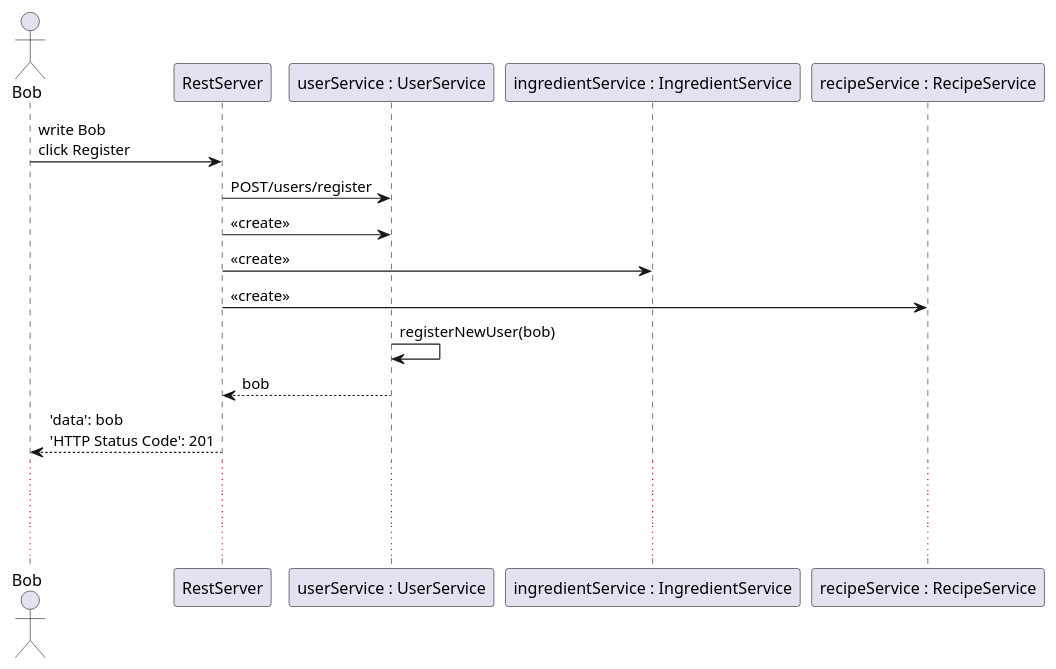
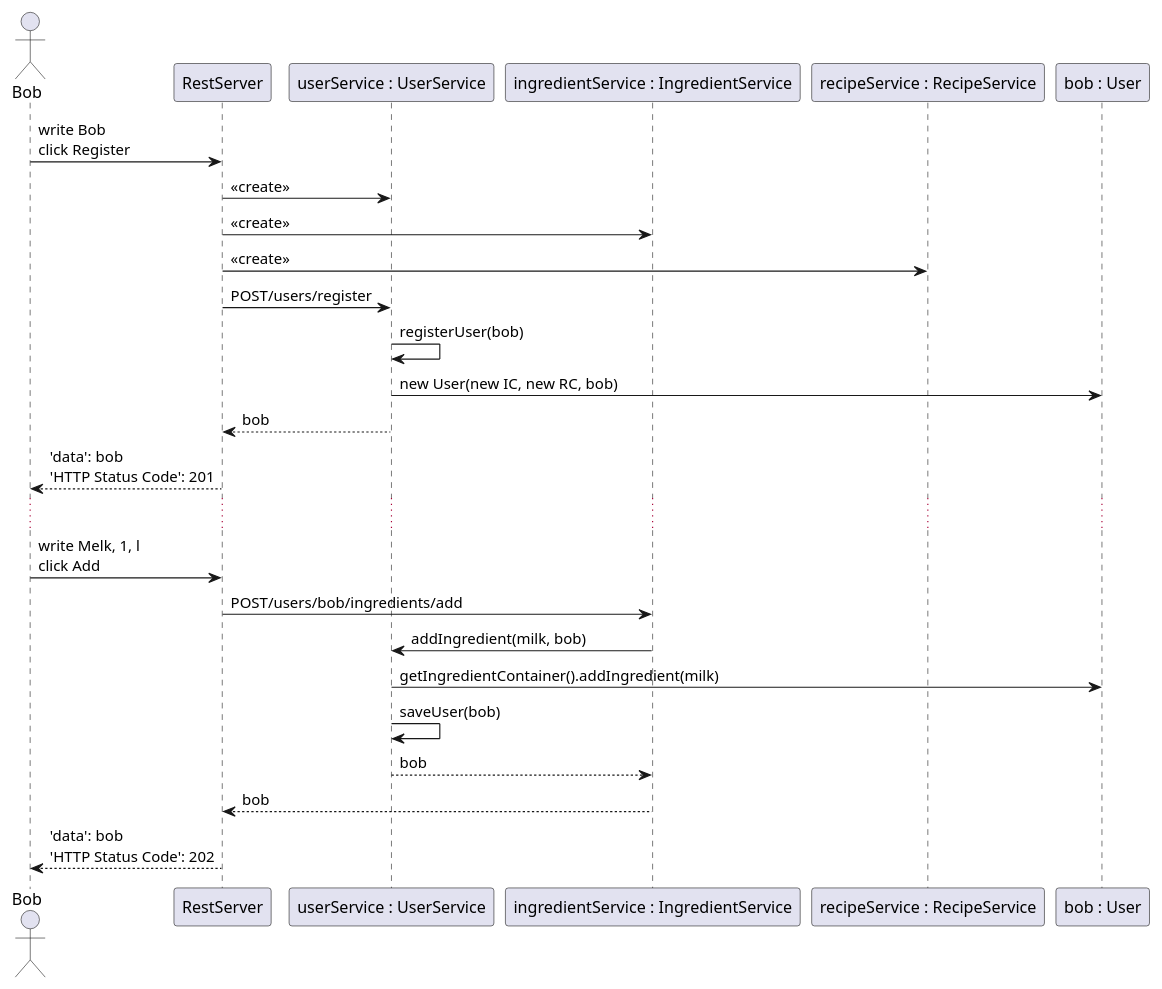
One commit to joonerik/dinnerium changed the diagram in documentation/diagrams/sequence_diagram2.puml. Above: the diagram before and after it, drawn with PlantUML.

Commit message:
complete draft of a sequence_diagram

```diff
--- a/documentation/diagrams/sequence_diagram2.puml
+++ b/documentation/diagrams/sequence_diagram2.puml
@@ -1,30 +1,21 @@
 @startuml sequence_diagram
 actor Bob
 Bob -> RestServer: write Bob\nclick Register
-RestServer -> "userService : UserService": POST/users/register
 RestServer -> "userService : UserService": << create >>
 RestServer -> "ingredientService : IngredientService": << create >>
 RestServer -> "recipeService : RecipeService": << create >>
-"userService : UserService" -> "userService : UserService": registerNewUser(bob)
+RestServer -> "userService : UserService": POST/users/register
+"userService : UserService" -> "userService : UserService": registerUser(bob)
+"userService : UserService" -> "bob : User": new User(new IC, new RC, bob)
 "userService : UserService" --> RestServer: bob
 RestServer --> Bob: 'data': bob\n'HTTP Status Code': 201
-' RestServer -> UserService: registerUser({username:Bob})
-' UserService -> User_Bob: new User()
-' UserService -> UserService: saveUser(Bob)
-' UserService --> RestServer: bob
-' & RestServer --> Bob: 'data': bob\n'HTTP Status Code': 201
 ...
-' Bob -> RestServer: write Melk, 1, l\nclick Add\nPOST("/users/:bob/ingredients/add"
-' RestServer -> IngredientsService: addIngredient(Milk, bob)
-' IngredientsService -> UserService: addIngredient(Milk, bob)
-' UserService --> IngredientsService: bob
-' & IngredientsService --> RestServer: bob
-' User_Bob --> IngredientContainer: addIngredient(Milk)
-
-...
-...
-' UserService -> IngredientContainer: addIngredient(Melk, Bob)\nPOST("/users/:bob/ingredients/add"
-' IngredientContainer --> UserService: bob
-' UserService -> IngredientContainer: addIngredient(Frokostblanding, Bob)\nPOST("/users/:bob/ingredients/add"
-' IngredientContainer --> UserService: bob
+Bob -> RestServer: write Melk, 1, l\nclick Add
+RestServer -> "ingredientService : IngredientService": POST/users/bob/ingredients/add
+"ingredientService : IngredientService" -> "userService : UserService": addIngredient(milk, bob) 
+"userService : UserService" -> "bob : User": getIngredientContainer().addIngredient(milk)
+"userService : UserService" -> "userService : UserService": saveUser(bob)
+"ingredientService : IngredientService" <-- "userService : UserService": bob
+"ingredientService : IngredientService" --> RestServer: bob
+RestServer --> Bob: 'data': bob\n'HTTP Status Code': 202
 @enduml
```
